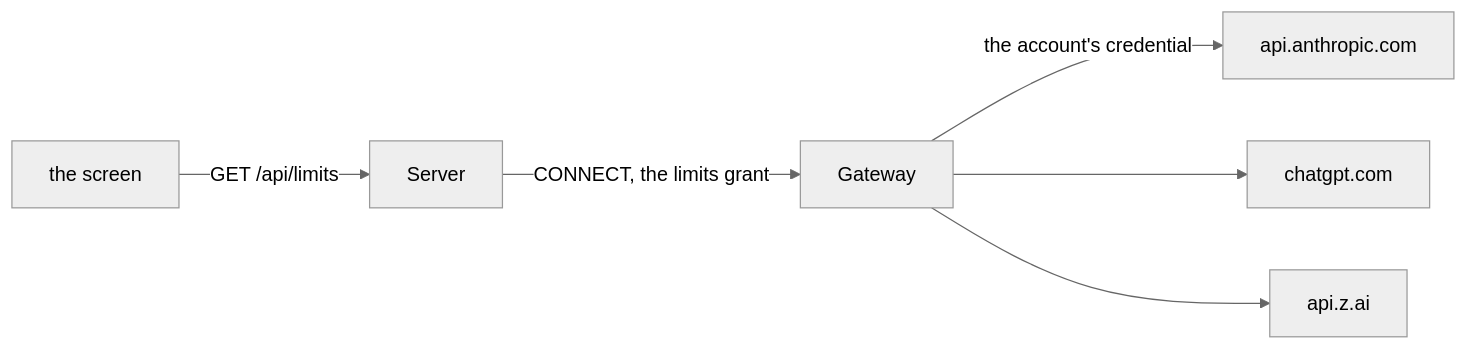
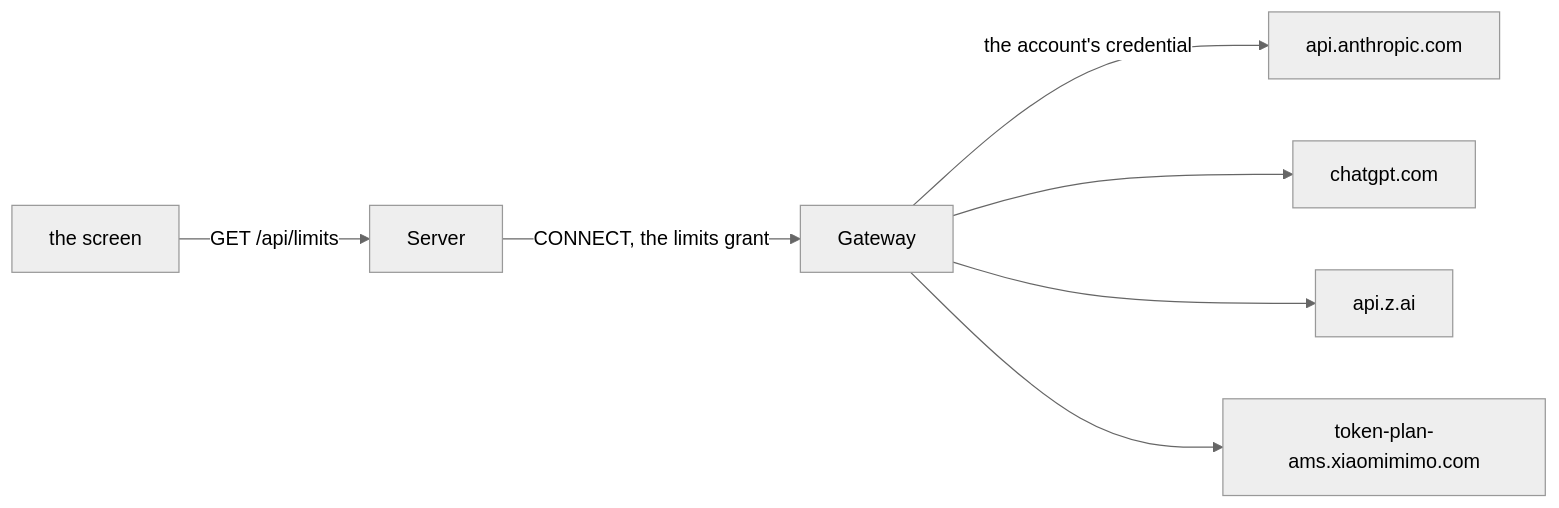
Before and after one commit to arnaultbretagne/agora: the fourth of 4 diagrams in docs/architecture/credentials.md, drawn with Mermaid (neutral theme). The commit also changed other lines of this file and 15 other files, not shown here.

````diff
--- a/docs/architecture/credentials.md
+++ b/docs/architecture/credentials.md
@@ -199,8 +199,9 @@
 ```mermaid
 flowchart LR
   Screen[the screen] -- GET /api/limits --> Server
   Server -- CONNECT, the limits grant --> Gateway
   Gateway -- the account's credential --> Anthropic[api.anthropic.com]
   Gateway --> ChatGPT[chatgpt.com]
   Gateway --> ZAI[api.z.ai]
+  Gateway --> Xiaomi[token-plan-ams.xiaomimimo.com]
 ```
````
